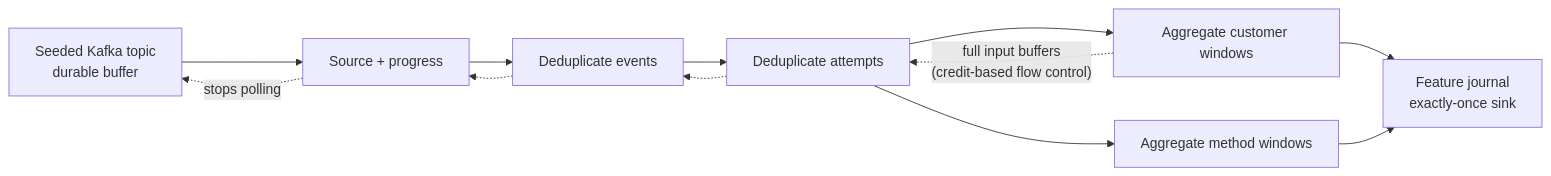
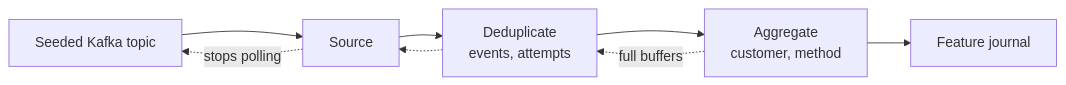
The second of 2 diagrams in docs/data/online.md (phuchoang2603/payment-gateway-fraud-detection), drawn with Mermaid before and after one commit. The commit also changed other lines of this file and 1 other file, not shown here.

````diff
--- a/docs/data/online.md
+++ b/docs/data/online.md
@@ -127,14 +127,5 @@
 ```mermaid
 flowchart LR
-    K["Seeded Kafka topic<br/>durable buffer"] --> S["Source + progress"]
-    S --> D1["Deduplicate events"]
-    D1 --> D2["Deduplicate attempts"]
-    D2 --> C["Aggregate customer windows"]
-    D2 --> M["Aggregate method windows"]
-    C --> J["Feature journal<br/>exactly-once sink"]
-    M --> J
-    C -. "full input buffers<br/>(credit-based flow control)" .-> D2
-    D2 -.-> D1
-    D1 -.-> S
-    S -. "stops polling" .-> K
+    K["Seeded Kafka topic"] --> S["Source"] --> D["Deduplicate<br/>events, attempts"] --> A["Aggregate<br/>customer, method"] --> J["Feature journal"]
+    A -. "full buffers" .-> D -.-> S -. "stops polling" .-> K
 ```
````
